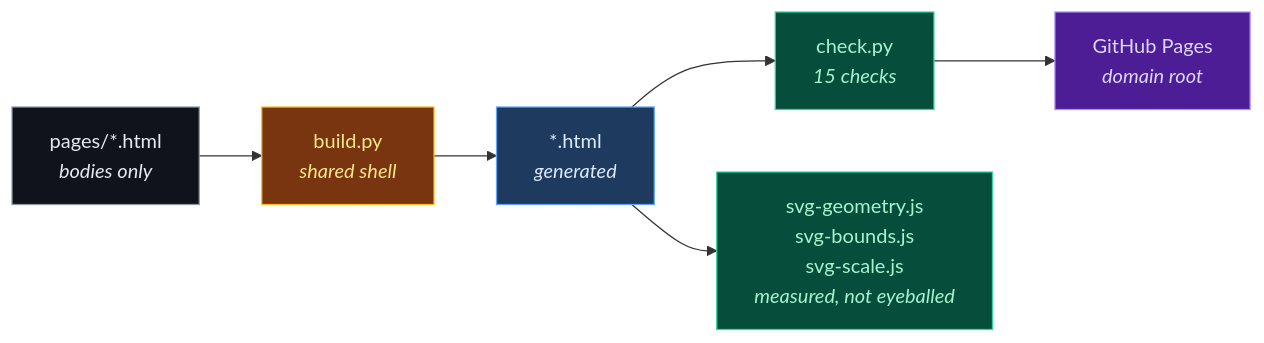
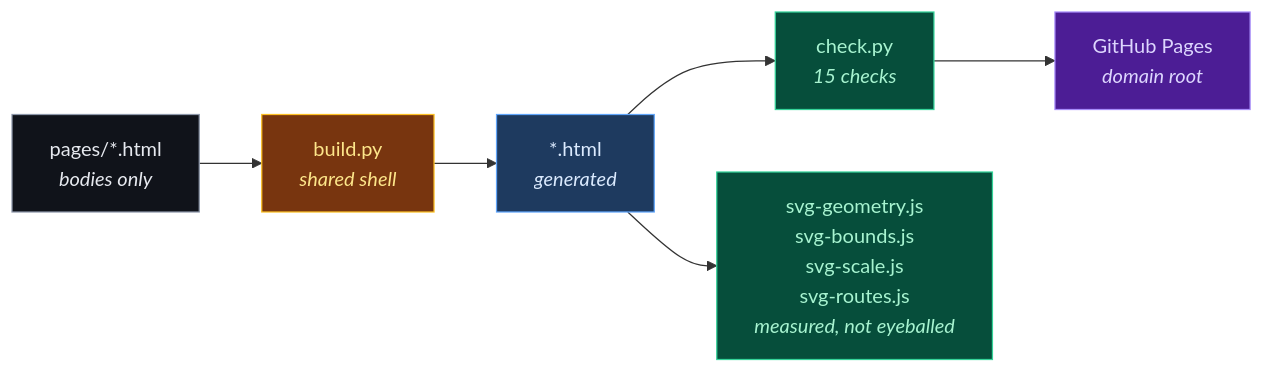
Before and after one commit to doublegate-io/doublegate-io.github.io: the diagram in README.md, drawn with Mermaid. The commit also changed other lines of this file and 3 other files, not shown here.

````diff
--- a/README.md
+++ b/README.md
@@ -30,15 +31,15 @@
 ```mermaid
 flowchart LR
   P["pages/*.html<br/><i>bodies only</i>"] --> B["build.py<br/><i>shared shell</i>"]
   B --> O["*.html<br/><i>generated</i>"]
   O --> C["check.py<br/><i>15 checks</i>"]
-  O --> G["svg-geometry.js<br/>svg-bounds.js<br/>svg-scale.js<br/><i>measured, not eyeballed</i>"]
+  O --> G["svg-geometry.js<br/>svg-bounds.js<br/>svg-scale.js<br/>svg-routes.js<br/><i>measured, not eyeballed</i>"]
   C --> D["GitHub Pages<br/><i>domain root</i>"]
 
   style P fill:#10131a,stroke:#8d97a9,color:#e6e9ef
   style B fill:#78350f,stroke:#fbbf24,color:#fde68a
   style O fill:#1e3a5f,stroke:#60a5fa,color:#dbeafe
   style C fill:#064e3b,stroke:#34d399,color:#a7f3d0
   style G fill:#064e3b,stroke:#34d399,color:#a7f3d0
   style D fill:#4c1d95,stroke:#a78bfa,color:#ddd6fe
 ```
````
